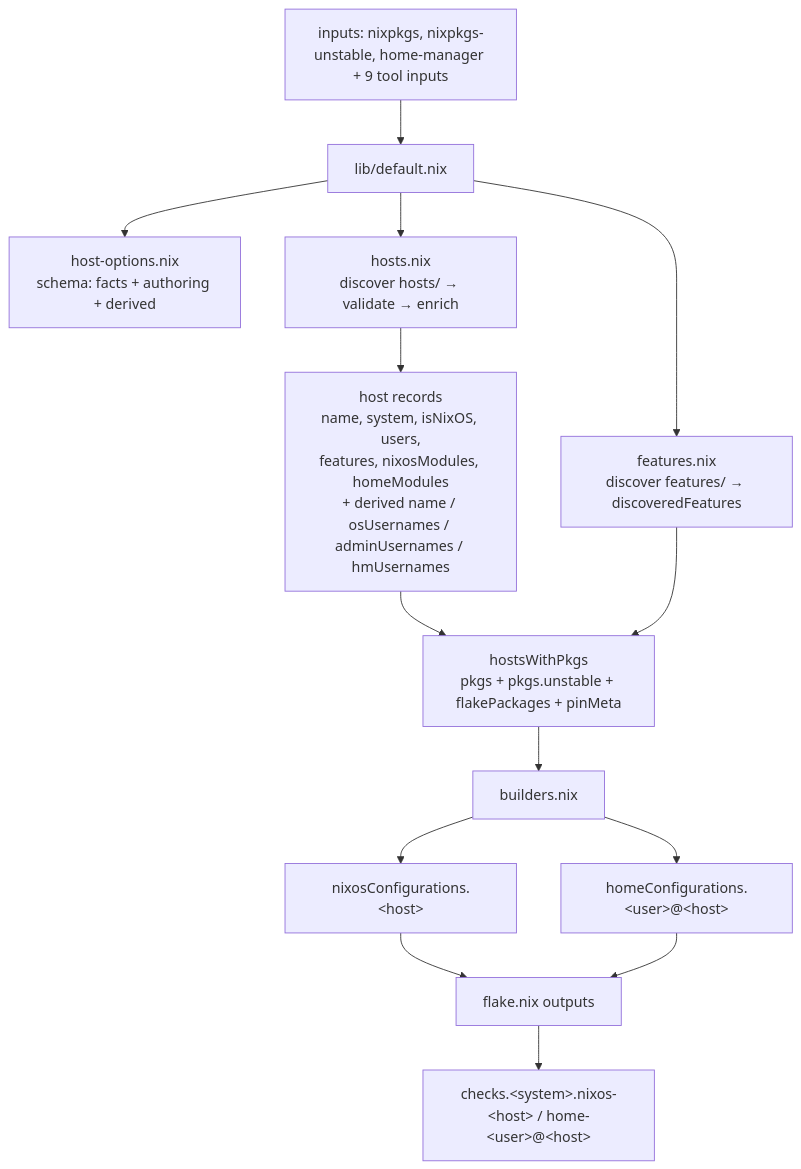
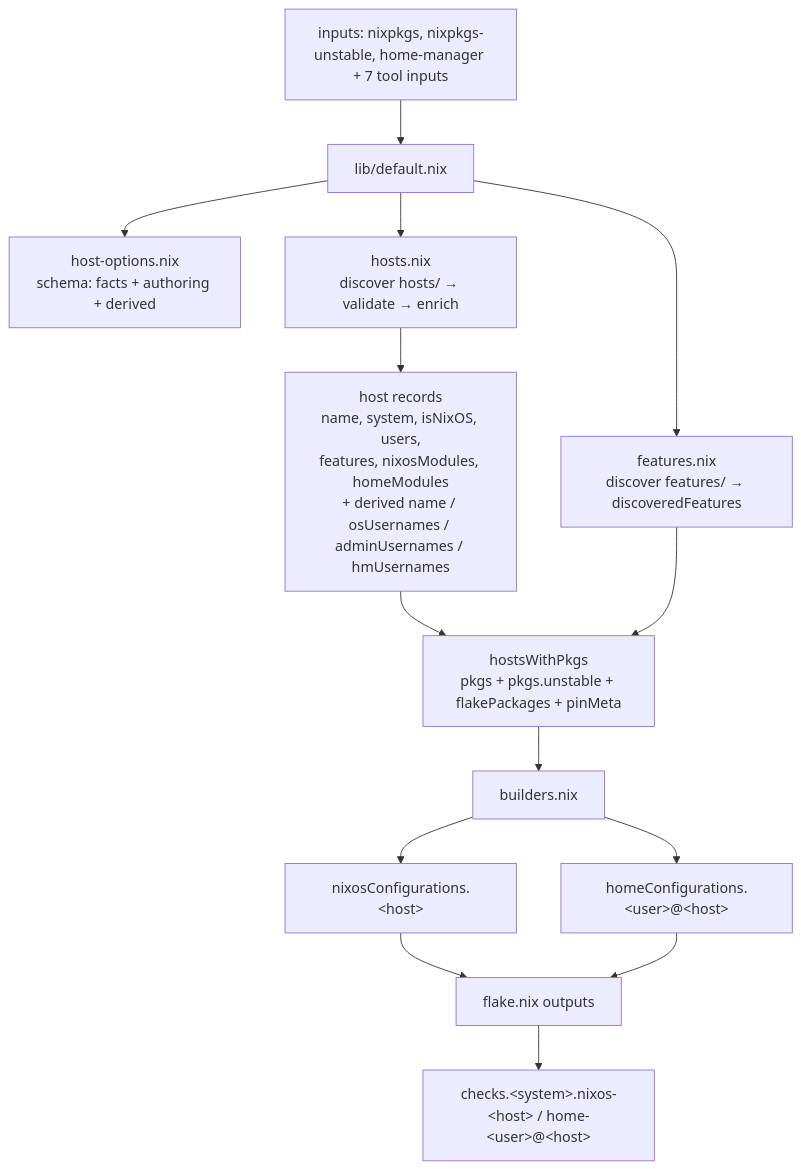
One commit to WombatFromHell/automatic-palm-tree changed the first of 7 diagrams in DESIGN.md. Above: the diagram before and after it, drawn with Mermaid. The commit also changed other lines of this file and 9 other files, not shown here.

````diff
--- a/DESIGN.md
+++ b/DESIGN.md
@@ -44,16 +54,16 @@
 ```mermaid
 flowchart TD
-  I["inputs: nixpkgs, nixpkgs-unstable, home-manager + 9 tool inputs"] --> D["lib/default.nix"]
+  I["inputs: nixpkgs, nixpkgs-unstable, home-manager + 7 tool inputs"] --> D["lib/default.nix"]
   D --> HO["host-options.nix<br/>schema: facts + authoring + derived"]
   D --> H["hosts.nix<br/>discover hosts/ → validate → enrich"]
   H --> HD["host records<br/>name, system, isNixOS, users,<br/>features, nixosModules, homeModules<br/>+ derived name / osUsernames / adminUsernames / hmUsernames"]
   D --> F["features.nix<br/>discover features/ → discoveredFeatures"]
   HD --> P["hostsWithPkgs<br/>pkgs + pkgs.unstable + flakePackages + pinMeta"]
   F --> P
   P --> B["builders.nix"]
   B --> NC["nixosConfigurations.&lt;host&gt;"]
   B --> HC["homeConfigurations.&lt;user&gt;@&lt;host&gt;"]
   NC --> O["flake.nix outputs"]
   HC --> O
   O --> C["checks.&lt;system&gt;.nixos-&lt;host&gt; / home-&lt;user&gt;@&lt;host&gt;"]
 ```
````
